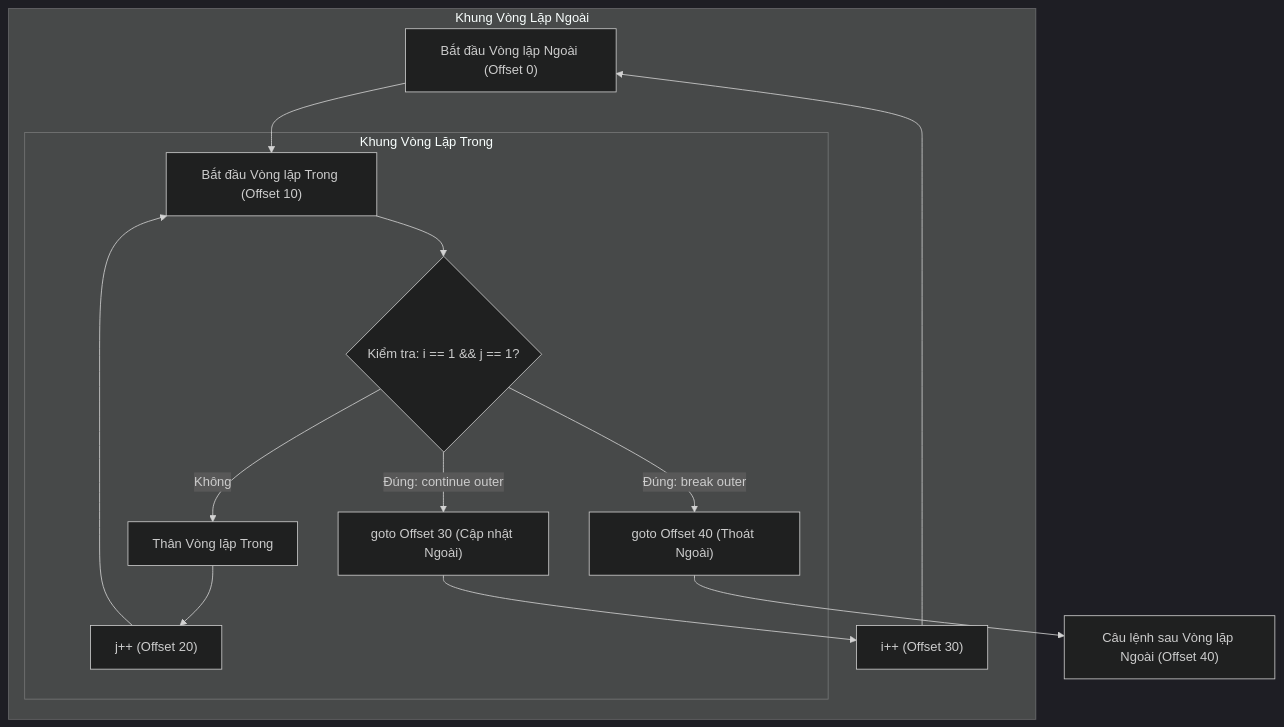
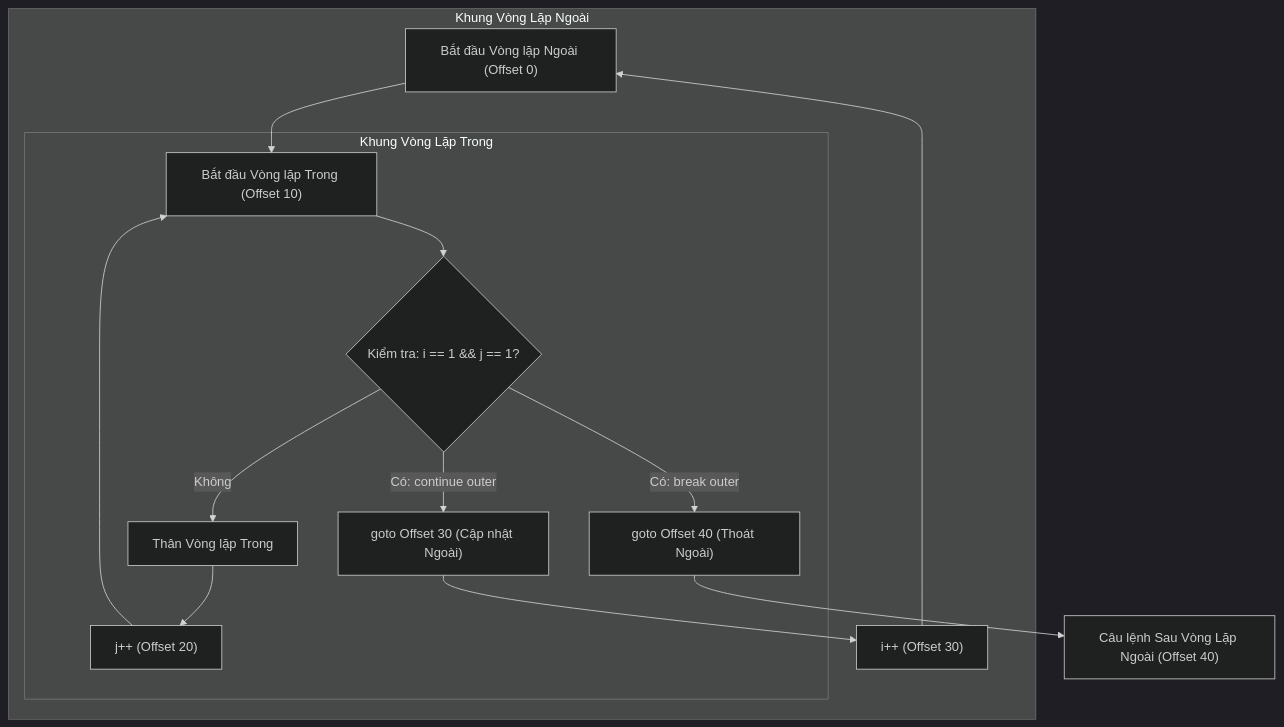
One commit to PhuThien2005/theoretical-of-java-core changed the first of 2 diagrams in vi/06-control-flow/theory/03-break-continue-return.md. Above: the diagram before and after it, drawn with Mermaid (dark theme). The commit also changed other lines of this file and 229 other files, not shown here.

````diff
--- a/vi/06-control-flow/theory/03-break-continue-return.md
+++ b/vi/06-control-flow/theory/03-break-continue-return.md
@@ -105,17 +105,17 @@
 ```mermaid
 graph TD
-    subgraph Outer Loop Frame [Khung Vòng Lặp Ngoài]
+    subgraph Outer Loop Frame ["Khung Vòng Lặp Ngoài"]
         outer_start["Bắt đầu Vòng lặp Ngoài (Offset 0)"] --> inner_start["Bắt đầu Vòng lặp Trong (Offset 10)"]
-        subgraph Inner Loop Frame [Khung Vòng Lặp Trong]
+        subgraph Inner Loop Frame ["Khung Vòng Lặp Trong"]
             inner_start --> check{"Kiểm tra: i == 1 && j == 1?"}
-            check -- "Đúng: break outer" --> outer_exit_goto["goto Offset 40 (Thoát Ngoài)"]
-            check -- "Đúng: continue outer" --> outer_update_goto["goto Offset 30 (Cập nhật Ngoài)"]
+            check -- "Có: break outer" --> outer_exit_goto["goto Offset 40 (Thoát Ngoài)"]
+            check -- "Có: continue outer" --> outer_update_goto["goto Offset 30 (Cập nhật Ngoài)"]
             check -- "Không" --> body["Thân Vòng lặp Trong"]
             body --> inner_update["j++ (Offset 20)"]
             inner_update --> inner_start
         end
         outer_update_goto --> outer_update["i++ (Offset 30)"]
         outer_update --> outer_start
     end
-    outer_exit_goto --> outer_end["Câu lệnh sau Vòng lặp Ngoài (Offset 40)"]
+    outer_exit_goto --> outer_end["Câu lệnh Sau Vòng Lặp Ngoài (Offset 40)"]
 ```
````
